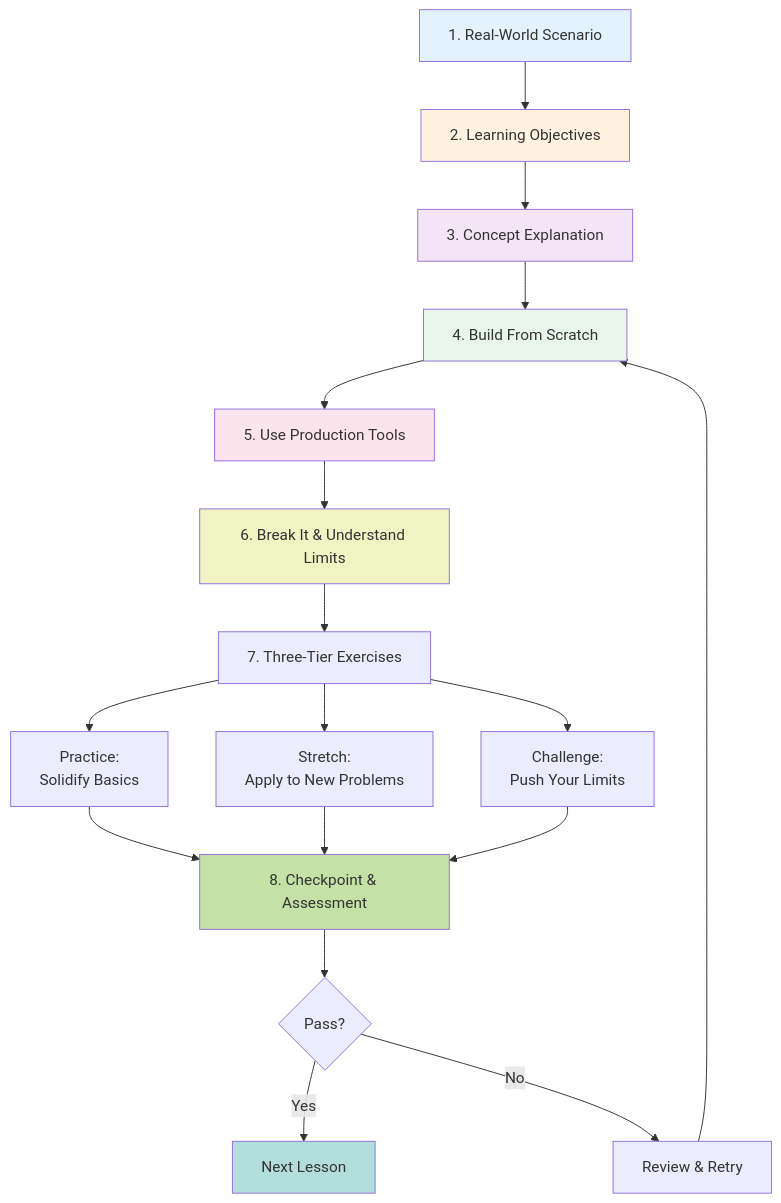
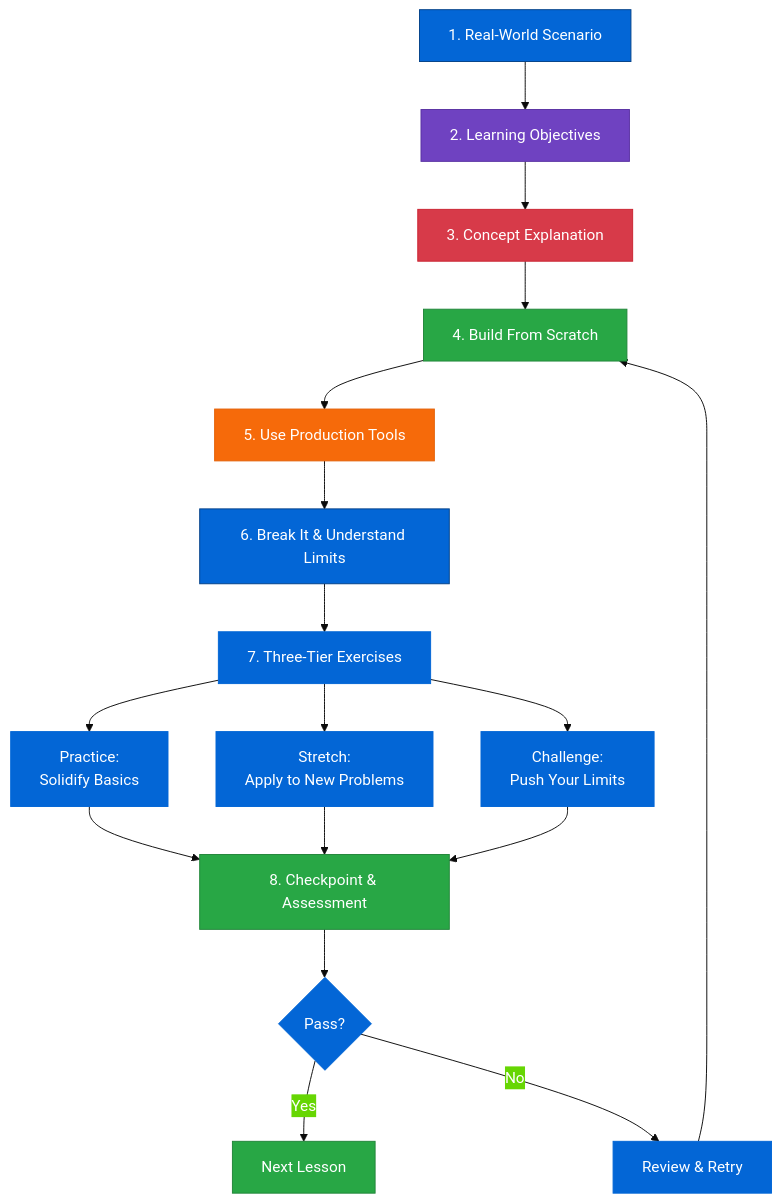
One commit to nexageapps/AI changed diagram 12 of 21 in README.md. Above: the diagram before and after it, drawn with Mermaid. The commit also changed other lines of this file and 1 other file, not shown here.

````diff
--- a/README.md
+++ b/README.md
@@ -476,31 +478,32 @@
 ```mermaid
+%%{init: {'theme':'base', 'themeVariables': {'primaryColor':'#0366d6','primaryTextColor':'#fff','primaryBorderColor':'#0366d6'}}}%%
 flowchart TD
     A[1. Real-World Scenario] --> B[2. Learning Objectives]
     B --> C[3. Concept Explanation]
     C --> D[4. Build From Scratch]
     D --> E[5. Use Production Tools]
     E --> F[6. Break It & Understand Limits]
     F --> G[7. Three-Tier Exercises]
     
     G --> G1[Practice:<br/>Solidify Basics]
     G --> G2[Stretch:<br/>Apply to New Problems]
     G --> G3[Challenge:<br/>Push Your Limits]
     
     G1 --> H[8. Checkpoint & Assessment]
     G2 --> H
     G3 --> H
     
     H --> I{Pass?}
     I -->|Yes| J[Next Lesson]
     I -->|No| K[Review & Retry]
     K --> D
     
-    style A fill:#e3f2fd
-    style B fill:#fff3e0
-    style C fill:#f3e5f5
-    style D fill:#e8f5e9
-    style E fill:#fce4ec
-    style F fill:#f0f4c3
-    style H fill:#c5e1a5
-    style J fill:#b2dfdb
+    style A fill:#0366d6,stroke:#044289,color:#fff
+    style B fill:#6f42c1,stroke:#5a32a3,color:#fff
+    style C fill:#d73a49,stroke:#cb2431,color:#fff
+    style D fill:#28a745,stroke:#22863a,color:#fff
+    style E fill:#f66a0a,stroke:#e36209,color:#fff
+    style F fill:#0366d6,stroke:#044289,color:#fff
+    style H fill:#28a745,stroke:#22863a,color:#fff
+    style J fill:#28a745,stroke:#22863a,color:#fff
 ```
````
